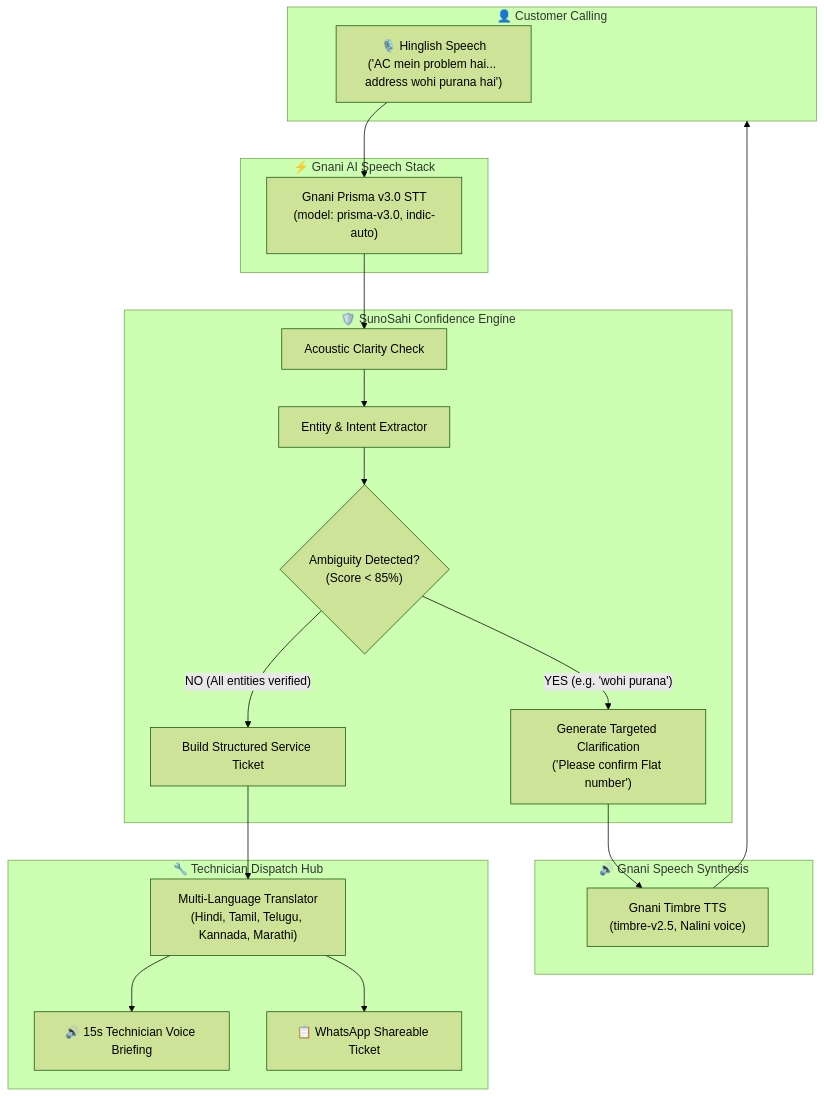
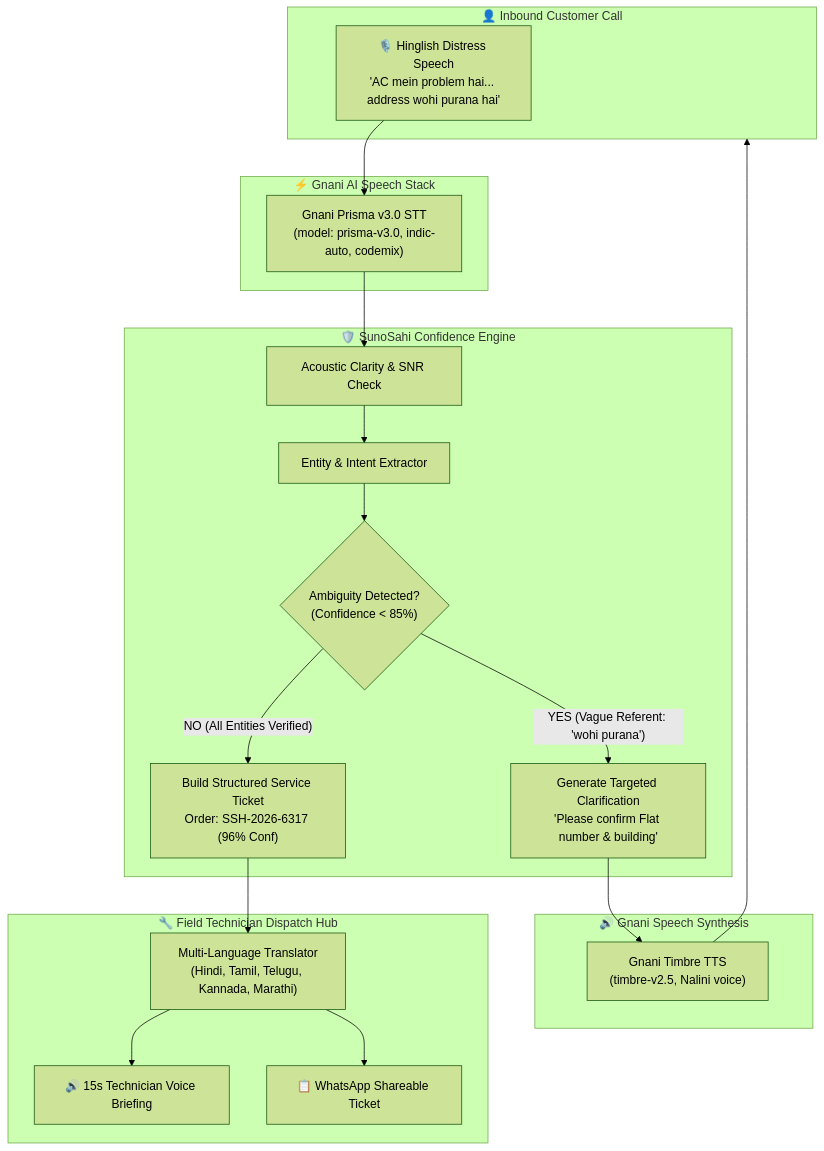
The diagram in README.md (PraveenKumar282004/sunosahi-ai), drawn with Mermaid (forest theme) before and after one commit. The commit also changed other lines of this file, not shown here.

Commit message:
Update README: Add team details, live video URL, Render app URL, and full architecture

````diff
--- a/README.md
+++ b/README.md
@@ -63,40 +80,40 @@
 ```mermaid
 flowchart TD
-    subgraph Customer ["👤 Customer Calling"]
-        AudioIn["🎙️ Hinglish Speech<br>('AC mein problem hai... address wohi purana hai')"]
+    subgraph Customer ["👤 Inbound Customer Call"]
+        AudioIn["🎙️ Hinglish Distress Speech<br>'AC mein problem hai... address wohi purana hai'"]
     end
 
     subgraph GnaniASR ["⚡ Gnani AI Speech Stack"]
-        Prisma["Gnani Prisma v3.0 STT<br>(model: prisma-v3.0, indic-auto)"]
+        Prisma["Gnani Prisma v3.0 STT<br>(model: prisma-v3.0, indic-auto, codemix)"]
     end
 
     subgraph CoreEngine ["🛡️ SunoSahi Confidence Engine"]
-        AcousticCheck["Acoustic Clarity Check"]
+        AcousticCheck["Acoustic Clarity & SNR Check"]
         EntityExtractor["Entity & Intent Extractor"]
-        AmbiguityDetector{"Ambiguity Detected?<br>(Score < 85%)"}
-        ClarifyGen["Generate Targeted Clarification<br>('Please confirm Flat number')"]
-        TicketGen["Build Structured Service Ticket"]
+        AmbiguityDetector{"Ambiguity Detected?<br>(Confidence < 85%)"}
+        ClarifyGen["Generate Targeted Clarification<br>'Please confirm Flat number & building'"]
+        TicketGen["Build Structured Service Ticket<br>Order: SSH-2026-6317 (96% Conf)"]
     end
 
     subgraph VoiceResponse ["🔊 Gnani Speech Synthesis"]
         Timbre["Gnani Timbre TTS<br>(timbre-v2.5, Nalini voice)"]
     end
 
-    subgraph DispatchCenter ["🔧 Technician Dispatch Hub"]
+    subgraph DispatchCenter ["🔧 Field Technician Dispatch Hub"]
         MultiLang["Multi-Language Translator<br>(Hindi, Tamil, Telugu, Kannada, Marathi)"]
         TechVoice["🔊 15s Technician Voice Briefing"]
         WhatsApp["📋 WhatsApp Shareable Ticket"]
     end
 
     AudioIn --> Prisma
     Prisma --> AcousticCheck
     AcousticCheck --> EntityExtractor
     EntityExtractor --> AmbiguityDetector
-    AmbiguityDetector -- "YES (e.g. 'wohi purana')" --> ClarifyGen
+    AmbiguityDetector -- "YES (Vague Referent: 'wohi purana')" --> ClarifyGen
     ClarifyGen --> Timbre
     Timbre --> Customer
-    AmbiguityDetector -- "NO (All entities verified)" --> TicketGen
+    AmbiguityDetector -- "NO (All Entities Verified)" --> TicketGen
     TicketGen --> MultiLang
     MultiLang --> TechVoice
     MultiLang --> WhatsApp
 ```
````
